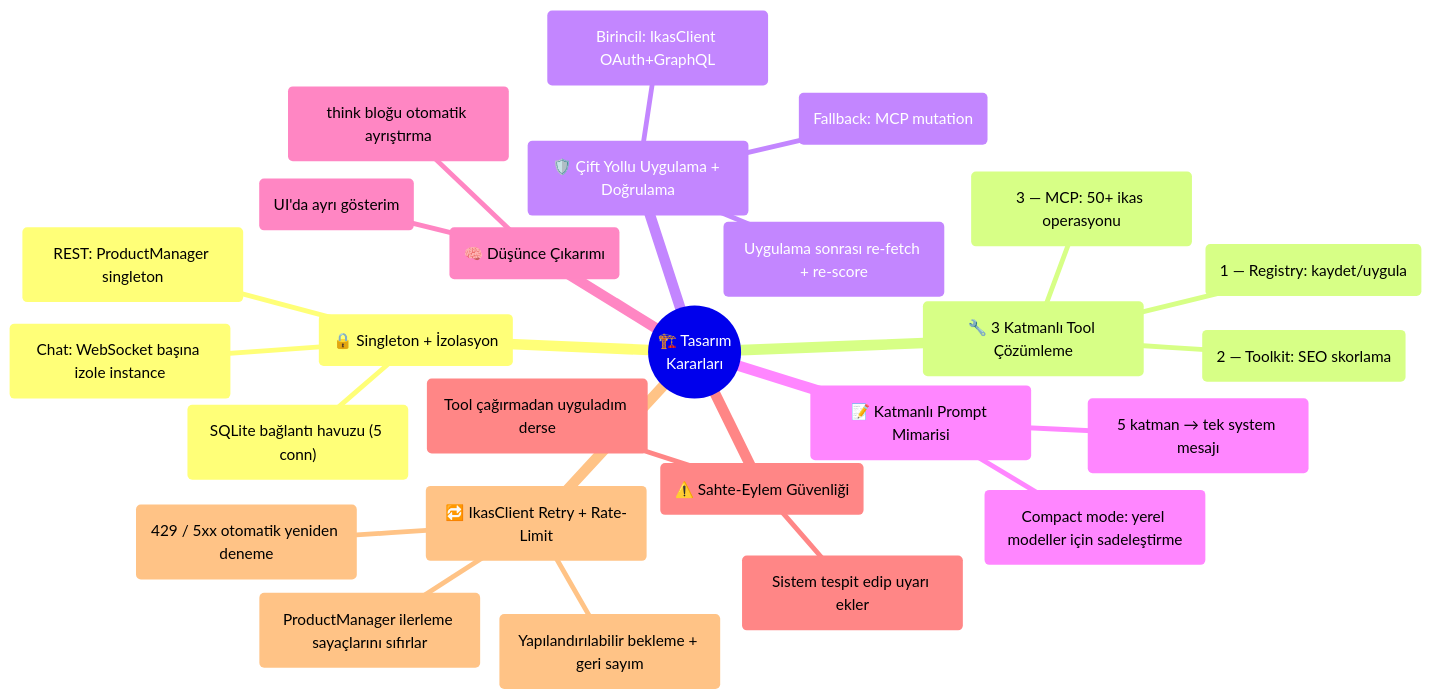
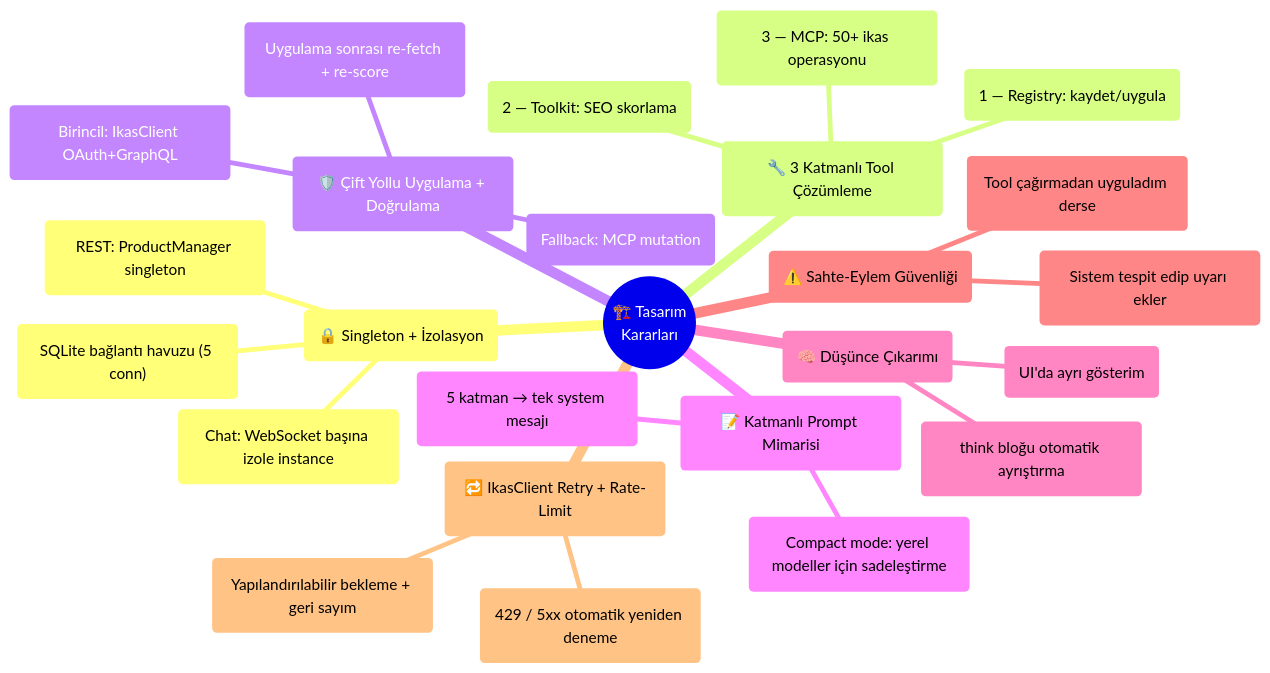
Diagram 11 of 17 in README.md (YigitKa/ikas-ai-seo-agent), drawn with Mermaid before and after one commit. The commit also changed other lines of this file and 16 other files, not shown here.

````diff
--- a/README.md
+++ b/README.md
@@ -521,29 +540,28 @@
 ```mermaid
 mindmap
   root(("🏗️ Tasarım<br/>Kararları"))
     ("🔒 Singleton + İzolasyon")
       ("REST: ProductManager singleton")
       ("Chat: WebSocket başına izole instance")
       ("SQLite bağlantı havuzu (5 conn)")
     ("🔧 3 Katmanlı Tool Çözümleme")
       ("1 — Registry: kaydet/uygula")
       ("2 — Toolkit: SEO skorlama")
       ("3 — MCP: 50+ ikas operasyonu")
     ("🛡️ Çift Yollu Uygulama + Doğrulama")
       ("Birincil: IkasClient OAuth+GraphQL")
       ("Fallback: MCP mutation")
       ("Uygulama sonrası re-fetch + re-score")
     ("📝 Katmanlı Prompt Mimarisi")
       ("5 katman → tek system mesajı")
       ("Compact mode: yerel modeller için sadeleştirme")
     ("🧠 Düşünce Çıkarımı")
       ("think bloğu otomatik ayrıştırma")
       ("UI'da ayrı gösterim")
     ("⚠️ Sahte-Eylem Güvenliği")
       ("Tool çağırmadan uyguladım derse")
       ("Sistem tespit edip uyarı ekler")
     ("🔁 IkasClient Retry + Rate-Limit")
       ("429 / 5xx otomatik yeniden deneme")
       ("Yapılandırılabilir bekleme + geri sayım")
-      ("ProductManager ilerleme sayaçlarını sıfırlar")
 ```
````
